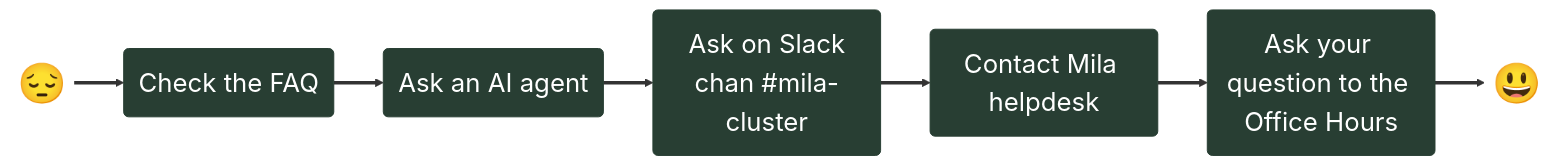
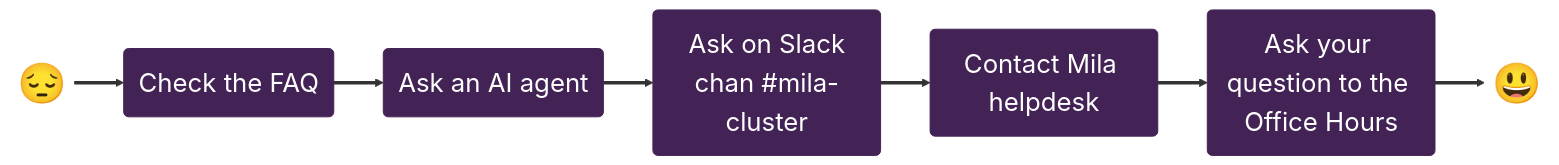
Before and after one commit to mila-iqia/mila-docs: the diagram in docs/help/index.md, drawn with Mermaid. The commit also changed 2 other files, not shown here.

Commit message:
Update colors

````diff
--- a/docs/help/index.md
+++ b/docs/help/index.md
@@ -5,30 +5,30 @@
 ``` mermaid
     graph LR
         User(😔):::emoji
         FAQ(<span>Check the FAQ</span>):::bigger
         AI(<span>Ask an AI agent</span>):::bigger
         Slack("`<span>Ask on Slack
         chan #mila-cluster</span>`"):::bigger
         Helpdesk(<span>Contact Mila helpdesk</span>):::bigger
         OfficeHours(<span>Ask your question to the Office Hours</span>):::bigger
         Yay(😃):::emoji
 
         User ==> FAQ
         FAQ ==> AI
         AI ==> Slack
         Slack ==> Helpdesk
         Helpdesk ==> OfficeHours
         OfficeHours ==> Yay
 
 
         User@{ shape: text }
         Yay@{ shape: text }
 
         click FAQ "../help/faq/"
         click Slack "https://mila-umontreal.slack.com/archives/CFAS8455H"
         click Helpdesk "https://mila-iqia.atlassian.net/servicedesk/customer/portal/5"
         click OfficeHours "../help/office_hours/"
 
-        classDef bigger font-size:26px, fill:#283E33, stroke:#283E33, color:white
+        classDef bigger font-size:26px, fill:#432355, stroke:#432355, color:white
         classDef emoji font-size:40px, fill:transparent
 ```
````
